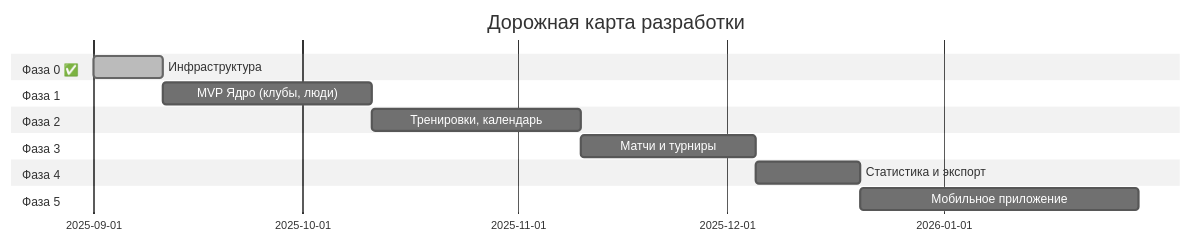
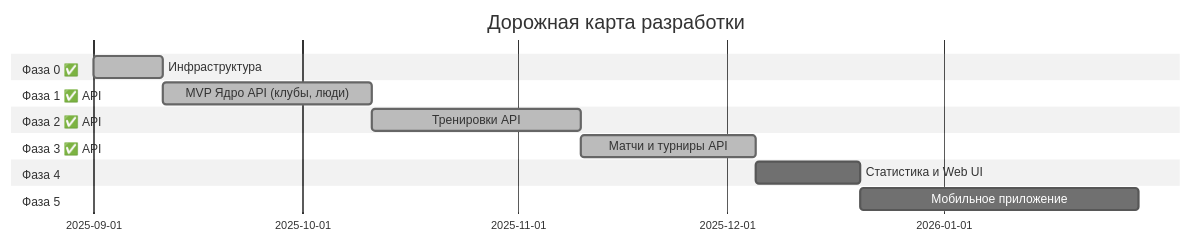
Before and after one commit to GHostlyFOX/leum: the diagram in docs/c4/roadmap.md, drawn with Mermaid (neutral theme). The commit also changed other lines of this file and 2 other files, not shown here.

Commit message:
Реализация API интерфейсов

````diff
--- a/docs/c4/roadmap.md
+++ b/docs/c4/roadmap.md
@@ -9,23 +9,23 @@
 ```mermaid
 gantt
     title Дорожная карта разработки
     dateFormat YYYY-MM-DD
     
     section Фаза 0 ✅
     Инфраструктура              :done, f0, 2025-09-01, 10d
     
-    section Фаза 1
-    MVP Ядро (клубы, люди)      :f1, after f0, 30d
+    section Фаза 1 ✅ API
+    MVP Ядро API (клубы, люди)  :done, f1, after f0, 30d
     
-    section Фаза 2
-    Тренировки, календарь       :f2, after f1, 30d
+    section Фаза 2 ✅ API
+    Тренировки API              :done, f2, after f1, 30d
     
-    section Фаза 3
-    Матчи и турниры             :f3, after f2, 25d
+    section Фаза 3 ✅ API
+    Матчи и турниры API         :done, f3, after f2, 25d
     
     section Фаза 4
-    Статистика и экспорт        :f4, after f3, 15d
+    Статистика и Web UI         :f4, after f3, 15d
     
     section Фаза 5
     Мобильное приложение        :f5, after f4, 40d
 ```
````
